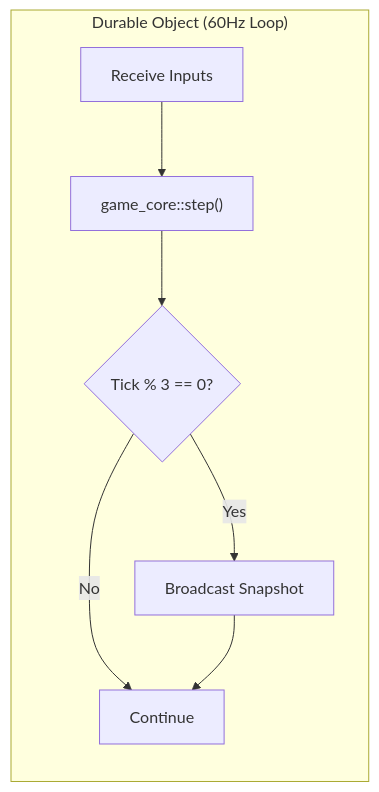
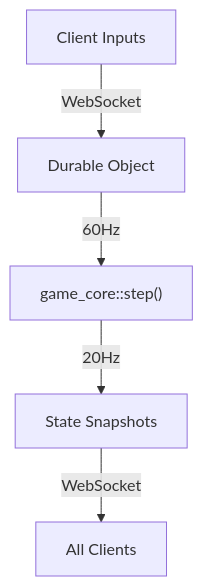
Before and after one commit to rgilks/pongo: the second of 3 diagrams in ARTICLE.md, drawn with Mermaid. The commit also changed other lines of this file, not shown here.

Commit message:
Update article: fix diagrams to reflect actual implementation

````diff
--- a/ARTICLE.md
+++ b/ARTICLE.md
@@ -100,10 +110,7 @@
 ```mermaid
-flowchart LR
-    subgraph "Durable Object (60Hz Loop)"
-        A["Receive Inputs"] --> B["game_core::step()"]
-        B --> C{"Tick % 3 == 0?"}
-        C -->|Yes| D["Broadcast Snapshot"]
-        C -->|No| E["Continue"]
-        D --> E
-    end
+flowchart 
+    Inputs["Client Inputs"] -->|"WebSocket"| DO["Durable Object"]
+    DO -->|"60Hz"| Step["game_core::step()"]
+    Step -->|"20Hz"| Broadcast["State Snapshots"]
+    Broadcast -->|"WebSocket"| Clients["All Clients"]
 ```
````
